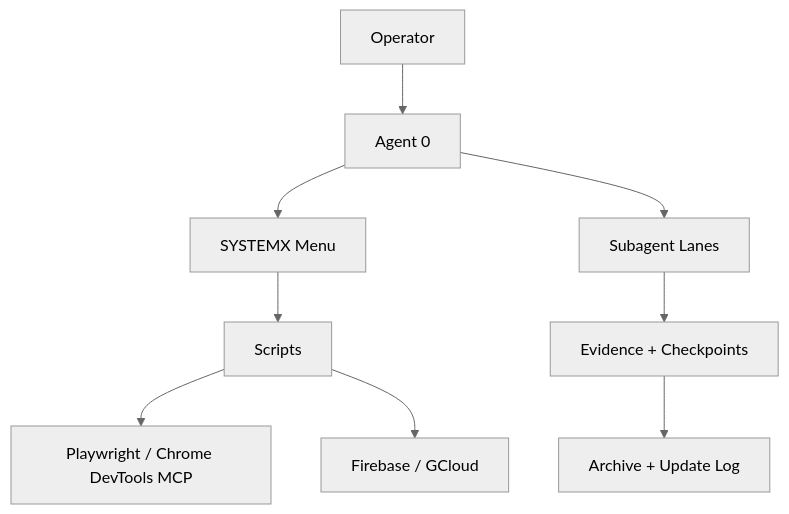
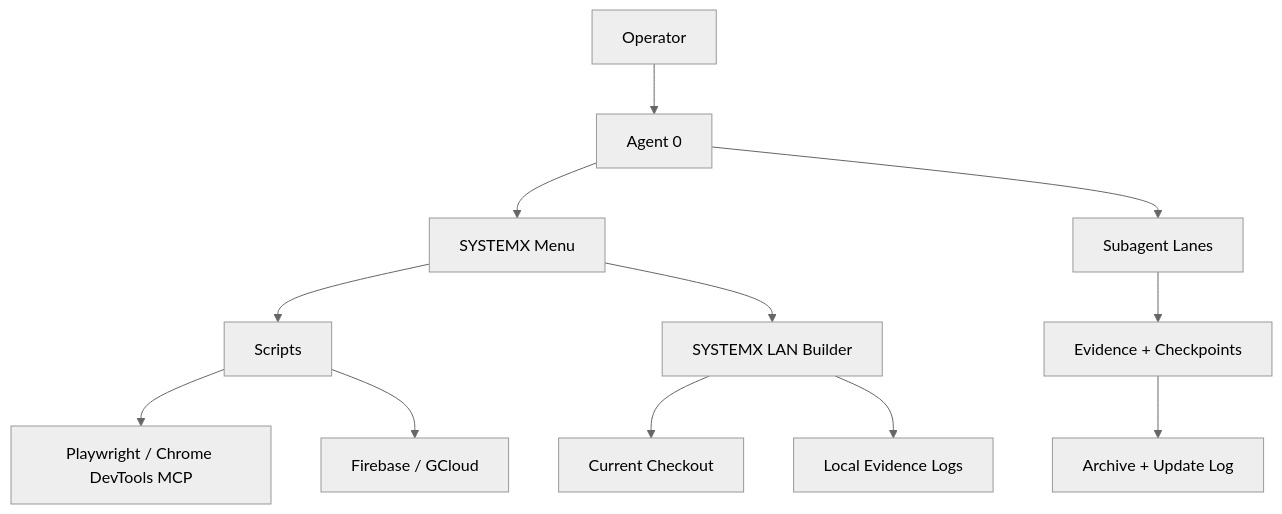
Before and after one commit to WayneTechLab/SFWA-WTL-TEMPLATE: the second of 2 diagrams in wiki/Home.md, drawn with Mermaid (neutral theme). The commit also changed other lines of this file and 273 other files, not shown here.

Commit message:
chore: synchronize SYSTEMX LAN template

````diff
--- a/wiki/Home.md
+++ b/wiki/Home.md
@@ -74,11 +67,14 @@
 ```mermaid
 flowchart TD
     Human["Operator"] --> Agent0["Agent 0"]
     Agent0 --> Menu["SYSTEMX Menu"]
     Agent0 --> Lanes["Subagent Lanes"]
     Menu --> Scripts["Scripts"]
+    Menu --> LAN["SYSTEMX LAN Builder"]
     Scripts --> Browser["Playwright / Chrome DevTools MCP"]
     Scripts --> Firebase["Firebase / GCloud"]
+    LAN --> Current["Current Checkout"]
+    LAN --> Logs["Local Evidence Logs"]
     Lanes --> Evidence["Evidence + Checkpoints"]
     Evidence --> Archive["Archive + Update Log"]
 ```
````
